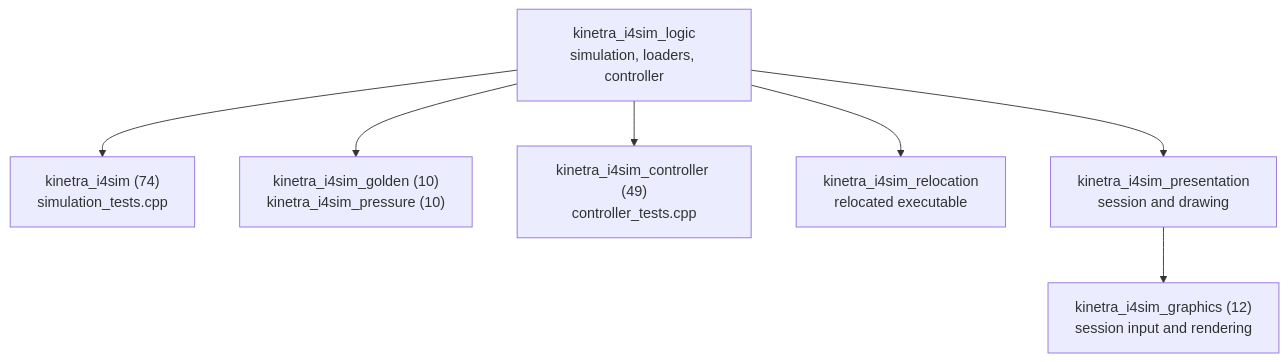
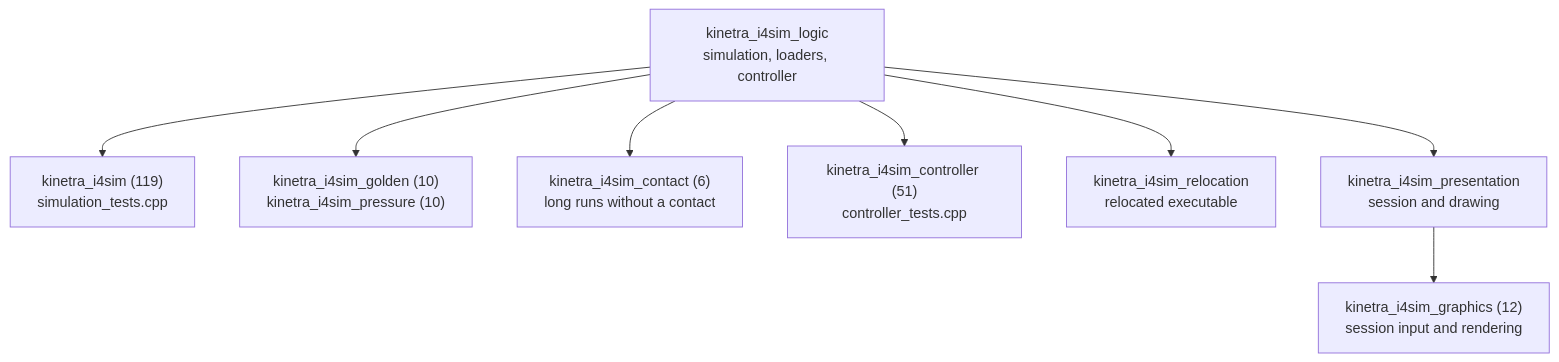
Before and after one commit to SMB-M87/Kinetra-Lab: the diagram in labs/i4sim/tests/README.md, drawn with Mermaid. The commit also changed other lines of this file and 8 other files, not shown here.

First line of the commit message:
docs(i4sim): document SAFETY STOP, stranded movers and the contact suite

````diff
--- a/labs/i4sim/tests/README.md
+++ b/labs/i4sim/tests/README.md
@@ -24,9 +24,10 @@
 ```mermaid
 flowchart TD
-    Logic["kinetra_i4sim_logic<br/>simulation, loaders, controller"] --> Sim["kinetra_i4sim (74)<br/>simulation_tests.cpp"]
+    Logic["kinetra_i4sim_logic<br/>simulation, loaders, controller"] --> Sim["kinetra_i4sim (119)<br/>simulation_tests.cpp"]
     Logic --> Golden["kinetra_i4sim_golden (10)<br/>kinetra_i4sim_pressure (10)"]
-    Logic --> Controller["kinetra_i4sim_controller (49)<br/>controller_tests.cpp"]
+    Logic --> Contact["kinetra_i4sim_contact (6)<br/>long runs without a contact"]
+    Logic --> Controller["kinetra_i4sim_controller (51)<br/>controller_tests.cpp"]
     Logic --> Relocation["kinetra_i4sim_relocation<br/>relocated executable"]
     Presentation["kinetra_i4sim_presentation<br/>session and drawing"] --> Graphics["kinetra_i4sim_graphics (12)<br/>session input and rendering"]
     Logic --> Presentation
 ```
````
